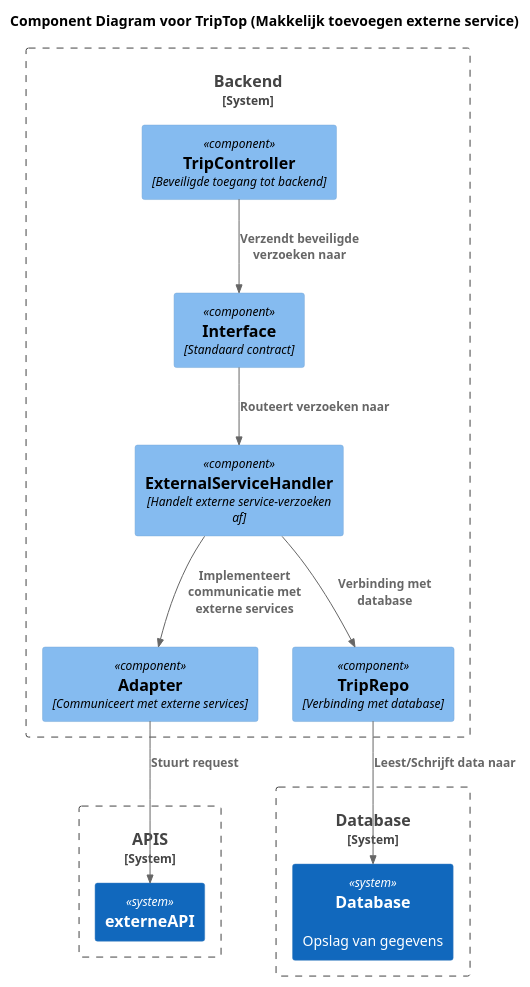
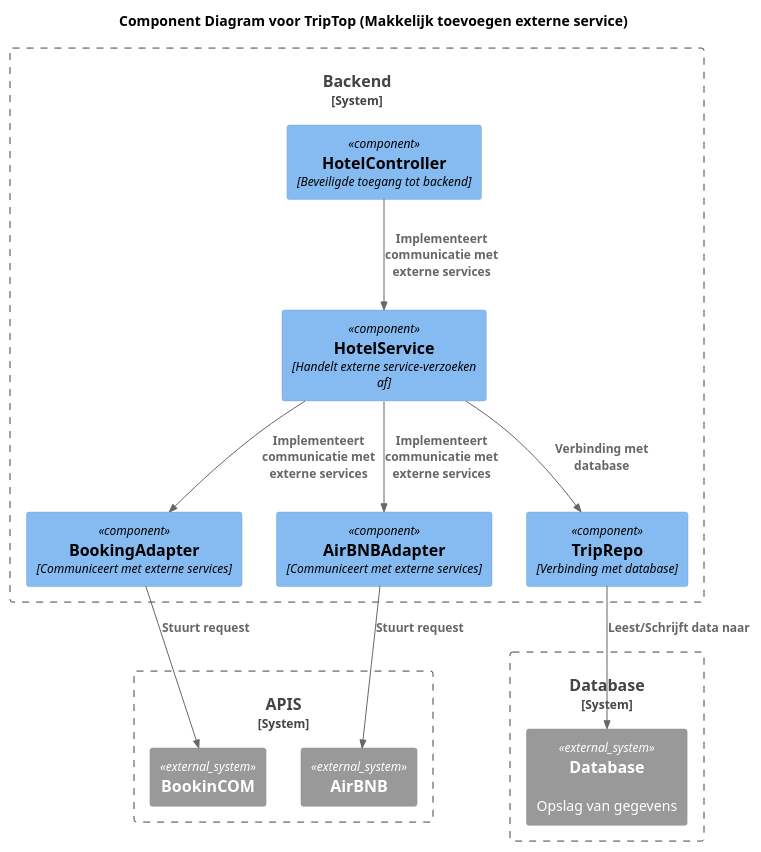
One commit to AIM-ENE-feb25/triptop-dravende-dikdiks changed the diagram in Marijn/NEWonderzoeksvraag.md/diagrammen/ComponentdiagramNewExtSys.puml. Above: the diagram before and after it, drawn with PlantUML. The commit also changed 9 other files, not shown here.

```diff
--- a/Marijn/NEWonderzoeksvraag.md/diagrammen/ComponentdiagramNewExtSys.puml
+++ b/Marijn/NEWonderzoeksvraag.md/diagrammen/ComponentdiagramNewExtSys.puml
@@ -1,30 +1,33 @@
 @startuml
 
 !include https://raw.githubusercontent.com/plantuml-stdlib/C4-PlantUML/master/C4_Component.puml
 
 title Component Diagram voor TripTop (Makkelijk toevoegen externe service)
 
 System_Boundary("backend", "Backend") {
-    Component(TripController, "TripController", "Beveiligde toegang tot backend")
-    Component(interface, "Interface", "Standaard contract")
-    Component(adapter, "Adapter", "Communiceert met externe services")
-    Component(handler, "ExternalServiceHandler", "Handelt externe service-verzoeken af")
+    Component(HotelController, "HotelController", "Beveiligde toegang tot backend")
+    Component(adapter1, "BookingAdapter", "Communiceert met externe services")
+    Component(adapter2, "AirBNBAdapter", "Communiceert met externe services")
+    Component(service, "HotelService", "Handelt externe service-verzoeken af")
     Component(TripRepo, "TripRepo", "Verbinding met database")
 }
 
 System_Boundary("database", "Database") {
-    System(db, "Database", "Opslag van gegevens")
+    System_Ext(db, "Database", "Opslag van gegevens")
 }
 
 System_Boundary("APIS", "APIS") {
-    System(API, "externeAPI", "")
+    System_Ext(API1, "BookinCOM", "")
+    System_Ext(API2, "AirBNB", "")
 }
 
-Rel(TripController, interface, "Verzendt beveiligde verzoeken naar")
-Rel(interface, handler, "Routeert verzoeken naar")
-Rel(handler, "adapter", "Implementeert communicatie met externe services")
-Rel("handler", "TripRepo", "Verbinding met database")
-Rel("adapter", API, "Stuurt request")
+Rel("HotelController", "service", "Implementeert communicatie met externe services")
+Rel(service, "adapter1", "Implementeert communicatie met externe services")
+Rel(service, "adapter2", "Implementeert communicatie met externe services")
+Rel("service", "TripRepo", "Verbinding met database")
+Rel("adapter1", API1, "Stuurt request")
 Rel("TripRepo", db, "Leest/Schrijft data naar")
 
+Rel("adapter2", API2, "Stuurt request")
+
 @enduml
```
